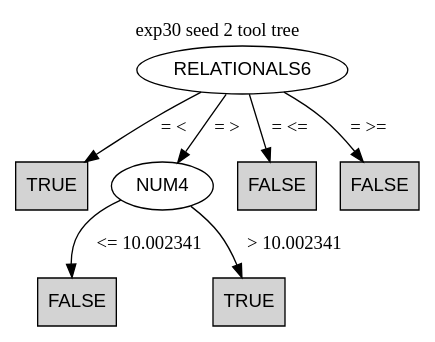
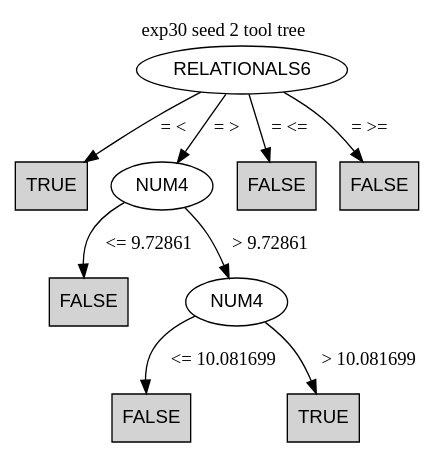
Before and after one commit to rdinizcal/Diagnosis-replication-package: the diagram in derived_results/tool_trees/exp30/seed2/tool_tree.dot, drawn with Graphviz. The commit also changed 666 other files, not shown here.

```diff
--- a/derived_results/tool_trees/exp30/seed2/tool_tree.dot
+++ b/derived_results/tool_trees/exp30/seed2/tool_tree.dot
@@ -1,18 +1,22 @@
 digraph J48Tree {
 rankdir=TB;
 node [fontname=Helvetica];
 label="exp30 seed 2 tool tree"; labelloc=t;
 N0 [label="RELATIONALS6",shape=ellipse];
 N1 [label="TRUE",shape=box,style=filled,fillcolor=lightgray];
 N2 [label="NUM4",shape=ellipse];
 N3 [label="FALSE",shape=box,style=filled,fillcolor=lightgray];
-N4 [label="TRUE",shape=box,style=filled,fillcolor=lightgray];
+N4 [label="NUM4",shape=ellipse];
 N5 [label="FALSE",shape=box,style=filled,fillcolor=lightgray];
-N6 [label="FALSE",shape=box,style=filled,fillcolor=lightgray];
+N6 [label="TRUE",shape=box,style=filled,fillcolor=lightgray];
+N7 [label="FALSE",shape=box,style=filled,fillcolor=lightgray];
+N8 [label="FALSE",shape=box,style=filled,fillcolor=lightgray];
 N0 -> N1 [label="= <"];
 N0 -> N2 [label="= >"];
-N2 -> N3 [label="<= 10.002341"];
-N2 -> N4 [label="> 10.002341"];
-N0 -> N5 [label="= <="];
-N0 -> N6 [label="= >="];
+N2 -> N3 [label="<= 9.72861"];
+N2 -> N4 [label="> 9.72861"];
+N4 -> N5 [label="<= 10.081699"];
+N4 -> N6 [label="> 10.081699"];
+N0 -> N7 [label="= <="];
+N0 -> N8 [label="= >="];
 }
```
